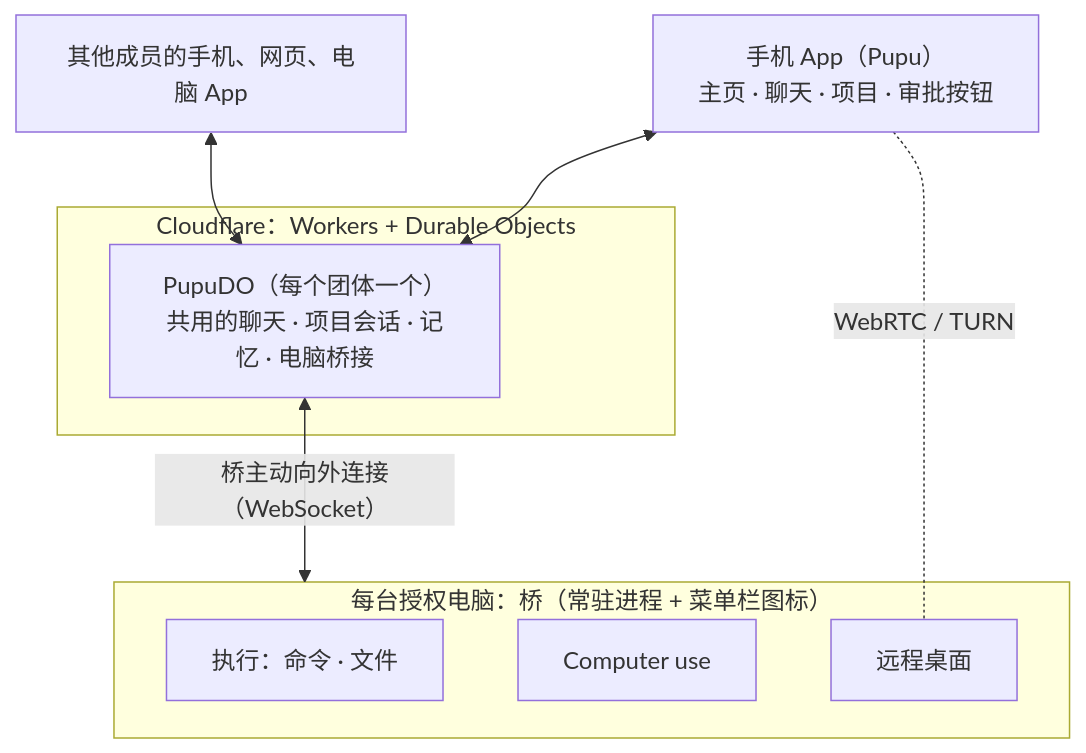
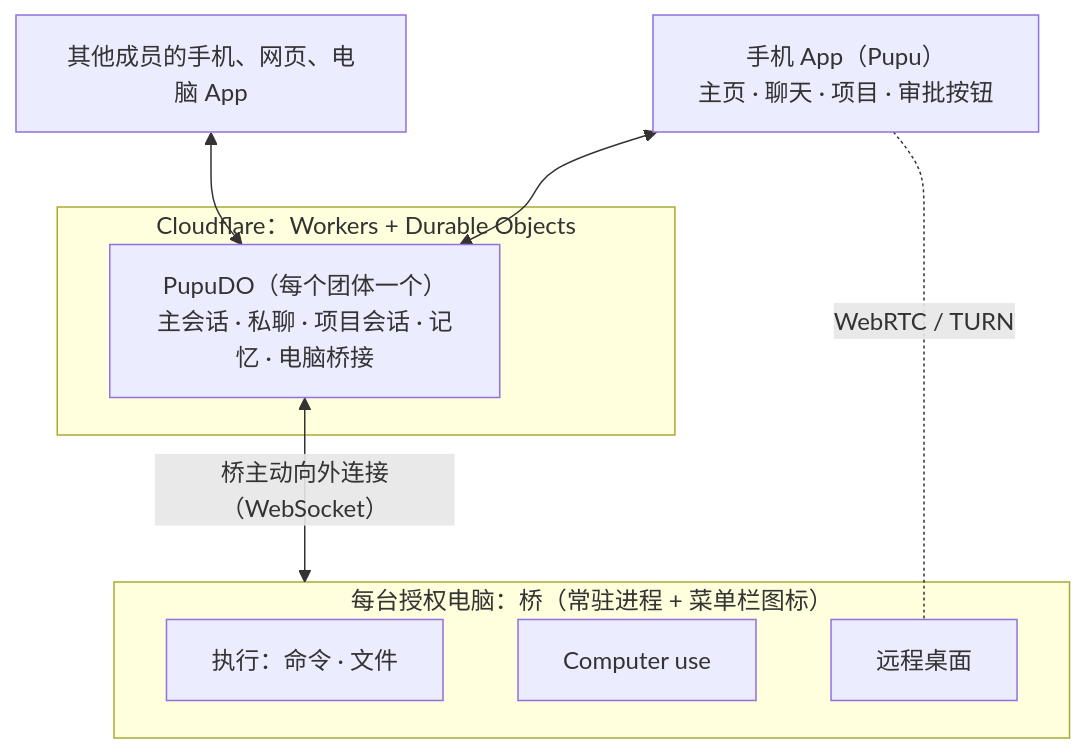
One commit to Hallalei/Pupu changed the diagram in docs/需求说明.md. Above: the diagram before and after it, drawn with Mermaid. The commit also changed other lines of this file, not shown here.

````diff
--- a/docs/需求说明.md
+++ b/docs/需求说明.md
@@ -201,18 +213,18 @@
 ```mermaid
 flowchart TB
   phone["手机 App（Pupu）<br/>主页 · 聊天 · 项目 · 审批按钮"]
   members["其他成员的手机、网页、电脑 App"]
   subgraph cf["Cloudflare：Workers + Durable Objects"]
-    pupu["PupuDO（每个团体一个）<br/>共用的聊天 · 项目会话 · 记忆 · 电脑桥接"]
+    pupu["PupuDO（每个团体一个）<br/>主会话 · 私聊 · 项目会话 · 记忆 · 电脑桥接"]
   end
   subgraph pc["每台授权电脑：桥（常驻进程 + 菜单栏图标）"]
     exec["执行：命令 · 文件"]
     cu["Computer use"]
     rd["远程桌面"]
   end
 
   phone <--> pupu
   members <--> pupu
   pupu <-- "桥主动向外连接（WebSocket）" --> pc
   phone -. "WebRTC / TURN" .- rd
 ```
````
